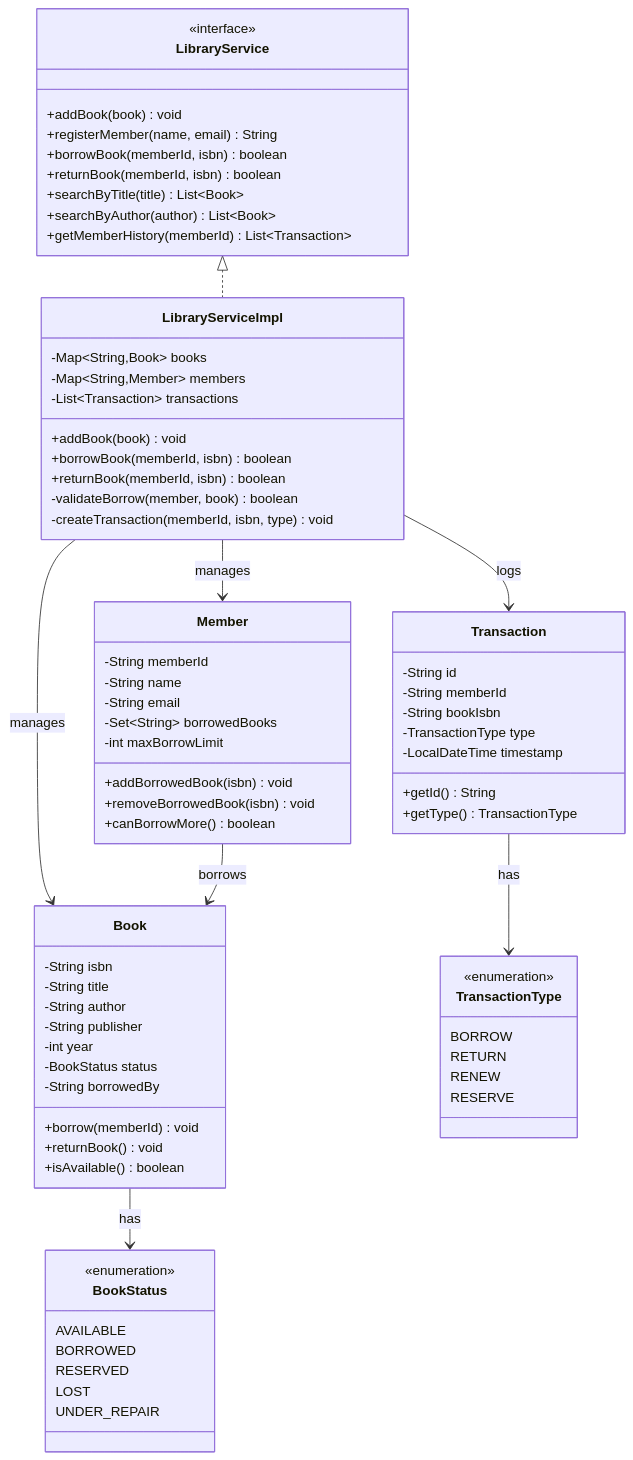
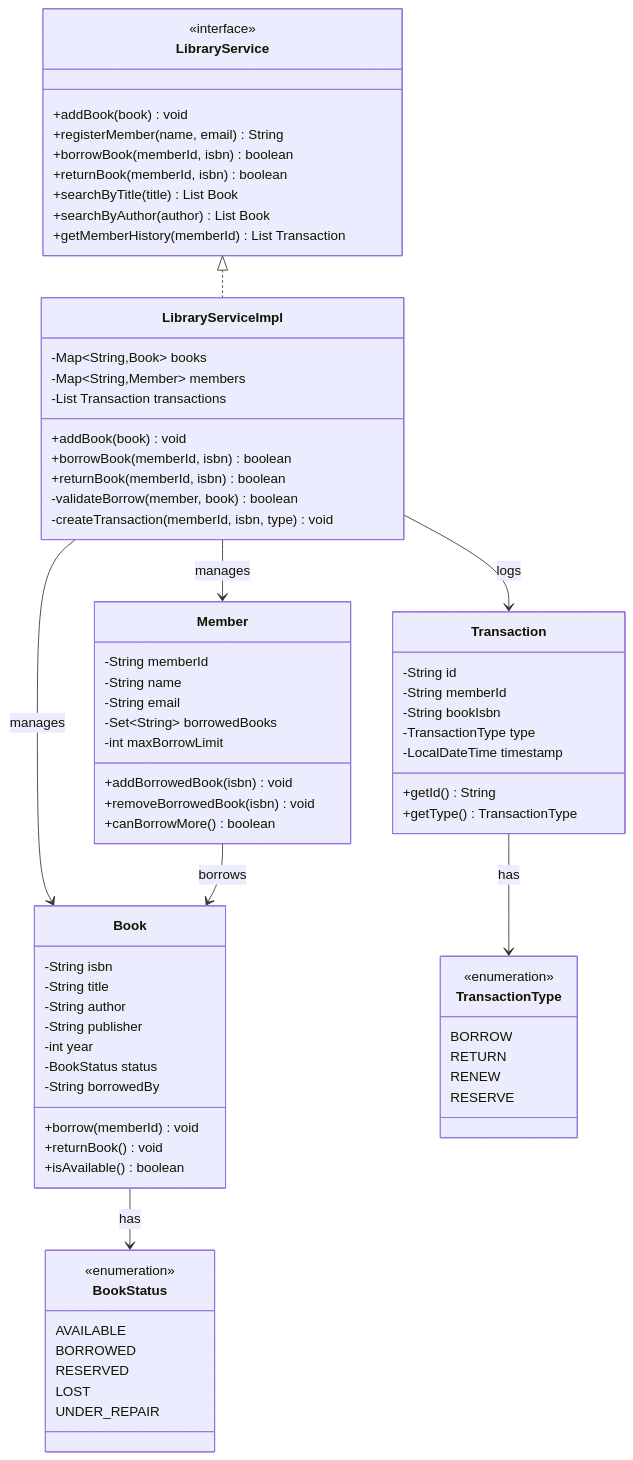
One commit to dlkr18/lld-playbook changed the diagram in docs/problems/library/README.md. Above: the diagram before and after it, drawn with Mermaid. The commit also changed 26 other files, not shown here.

First line of the commit message:
Fix Mermaid v10 syntax errors in class diagrams.

```diff
--- a/docs/problems/library/README.md
+++ b/docs/problems/library/README.md
@@ -97,15 +97,15 @@
         +registerMember(name, email) String
         +borrowBook(memberId, isbn) boolean
         +returnBook(memberId, isbn) boolean
-        +searchByTitle(title) List~Book~
-        +searchByAuthor(author) List~Book~
-        +getMemberHistory(memberId) List~Transaction~
+        +searchByTitle(title) List Book
+        +searchByAuthor(author) List Book
+        +getMemberHistory(memberId) List Transaction
     }
 
     class LibraryServiceImpl {
         -Map~String,Book~ books
         -Map~String,Member~ members
-        -List~Transaction~ transactions
+        -List Transaction transactions
         +addBook(book) void
         +borrowBook(memberId, isbn) boolean
         +returnBook(memberId, isbn) boolean
```
